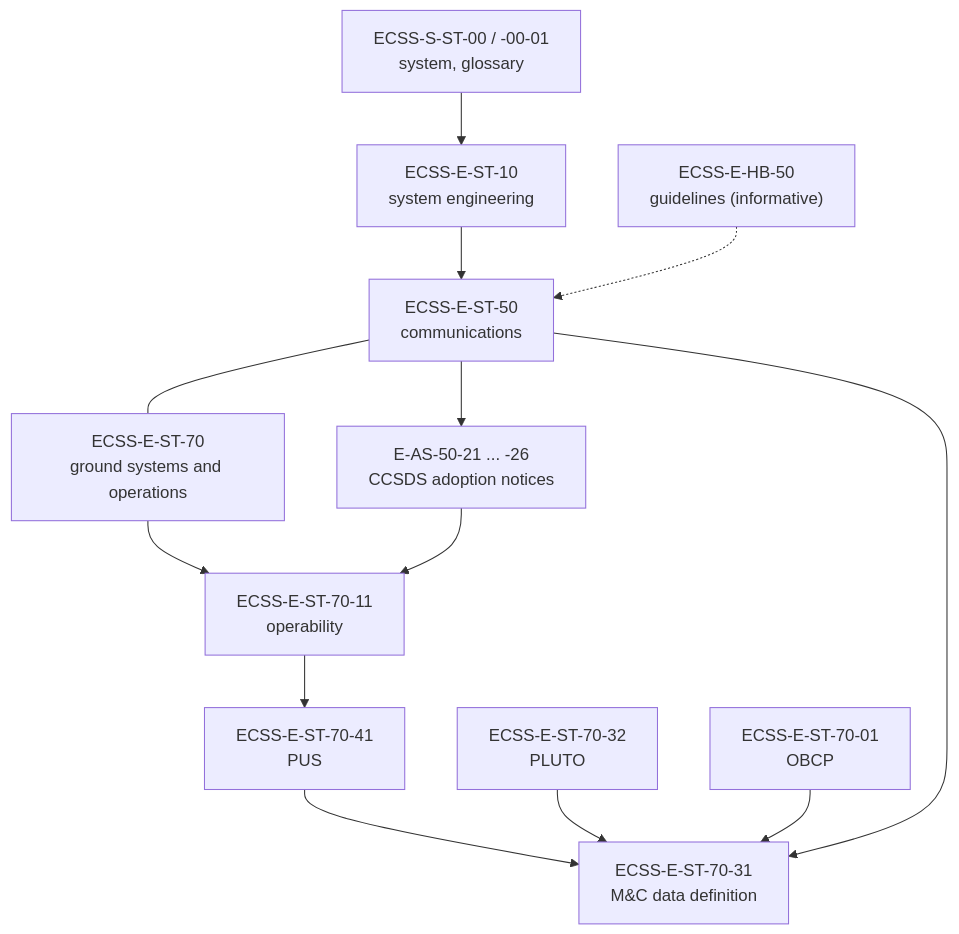
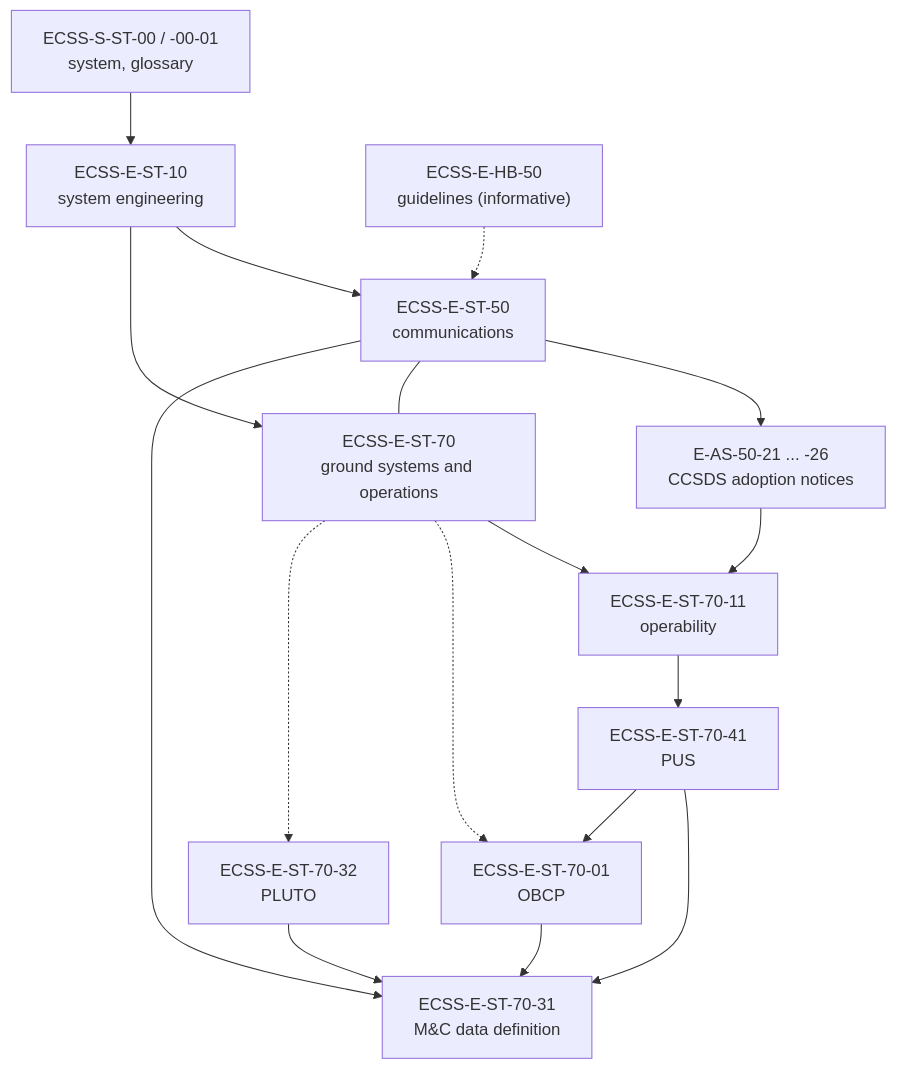
One commit to feiteira/OPEN-SPACE-INFO changed the fourth of 4 diagrams in docs/ecss/index.md. Above: the diagram before and after it, drawn with Mermaid. The commit also changed other lines of this file and 1311 other files, not shown here.

````diff
--- a/docs/ecss/index.md
+++ b/docs/ecss/index.md
@@ -235,25 +344,29 @@
 ```mermaid
 flowchart TB
     S00["ECSS-S-ST-00 / -00-01<br/>system, glossary"]
     E10["ECSS-E-ST-10<br/>system engineering"]
     E50["ECSS-E-ST-50<br/>communications"]
     AS["E-AS-50-21 ... -26<br/>CCSDS adoption notices"]
     HB["ECSS-E-HB-50<br/>guidelines (informative)"]
     E70["ECSS-E-ST-70<br/>ground systems and operations"]
     E7011["ECSS-E-ST-70-11<br/>operability"]
     E7041["ECSS-E-ST-70-41<br/>PUS"]
     E7031["ECSS-E-ST-70-31<br/>M&C data definition"]
     E7032["ECSS-E-ST-70-32<br/>PLUTO"]
     E7001["ECSS-E-ST-70-01<br/>OBCP"]
     S00 --> E10 --> E50
+    E10 --> E70
     E50 --> AS
     HB -.-> E50
     E50 --- E70
     E70 --> E7011
+    E70 -.-> E7001
+    E70 -.-> E7032
     E7011 --> E7041
     AS --> E7011
     E7041 --> E7031
+    E7041 --> E7001
     E7032 --> E7031
     E7001 --> E7031
     E50 --> E7031
 ```
````
